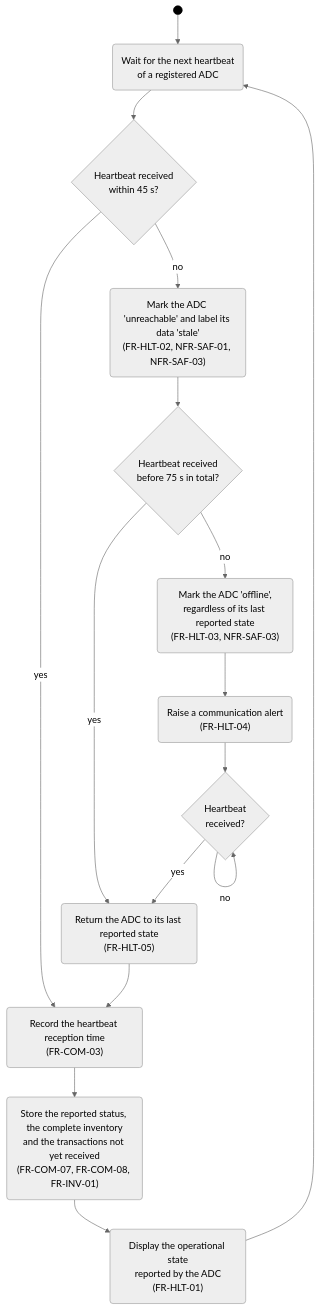
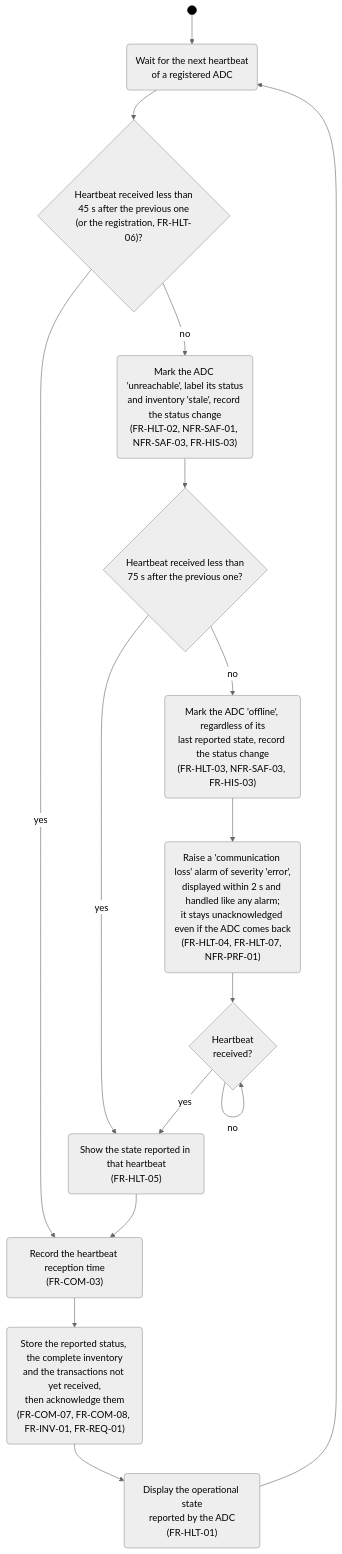
The third of 4 diagrams in docs/part-b/diagrams/activity-diagram.md (LukaMrt/3K04-project), drawn with Mermaid (neutral theme) before and after one commit. The commit also changed other lines of this file and 10 other files, not shown here.

````diff
--- a/docs/part-b/diagrams/activity-diagram.md
+++ b/docs/part-b/diagrams/activity-diagram.md
@@ -69,21 +69,21 @@
 ```mermaid
 flowchart TD
     Start((" ")) --> Wait("Wait for the next heartbeat<br/>of a registered ADC")
-    Wait --> Within45{"Heartbeat received<br/>within 45 s?"}
+    Wait --> Within45{"Heartbeat received less than<br/>45 s after the previous one<br/>(or the registration, FR-HLT-06)?"}
     Within45 -- "yes" --> RecordHb("Record the heartbeat reception time<br/>(FR-COM-03)")
-    RecordHb --> Store("Store the reported status, the complete inventory<br/>and the transactions not yet received<br/>(FR-COM-07, FR-COM-08, FR-INV-01)")
+    RecordHb --> Store("Store the reported status, the complete inventory<br/>and the transactions not yet received,<br/>then acknowledge them<br/>(FR-COM-07, FR-COM-08, FR-INV-01, FR-REQ-01)")
     Store --> ShowState("Display the operational state<br/>reported by the ADC<br/>(FR-HLT-01)")
     ShowState --> Wait
-    Within45 -- "no" --> Unreachable("Mark the ADC 'unreachable' and label its data 'stale'<br/>(FR-HLT-02, NFR-SAF-01, NFR-SAF-03)")
-    Unreachable --> Within75{"Heartbeat received<br/>before 75 s in total?"}
-    Within75 -- "yes" --> Recover("Return the ADC to its last reported state<br/>(FR-HLT-05)")
+    Within45 -- "no" --> Unreachable("Mark the ADC 'unreachable', label its status<br/>and inventory 'stale', record the status change<br/>(FR-HLT-02, NFR-SAF-01, NFR-SAF-03, FR-HIS-03)")
+    Unreachable --> Within75{"Heartbeat received less than<br/>75 s after the previous one?"}
+    Within75 -- "yes" --> Recover("Show the state reported in that heartbeat<br/>(FR-HLT-05)")
     Recover --> RecordHb
-    Within75 -- "no" --> Offline("Mark the ADC 'offline',<br/>regardless of its last reported state<br/>(FR-HLT-03, NFR-SAF-03)")
-    Offline --> Alert("Raise a communication alert<br/>(FR-HLT-04)")
+    Within75 -- "no" --> Offline("Mark the ADC 'offline', regardless of its<br/>last reported state, record the status change<br/>(FR-HLT-03, NFR-SAF-03, FR-HIS-03)")
+    Offline --> Alert("Raise a 'communication loss' alarm of severity 'error',<br/>displayed within 2 s and handled like any alarm;<br/>it stays unacknowledged even if the ADC comes back<br/>(FR-HLT-04, FR-HLT-07, NFR-PRF-01)")
     Alert --> WaitBack{"Heartbeat<br/>received?"}
     WaitBack -- "no" --> WaitBack
     WaitBack -- "yes" --> Recover
 
     classDef initial fill:#000,stroke:#000;
     class Start initial;
 ```
````
